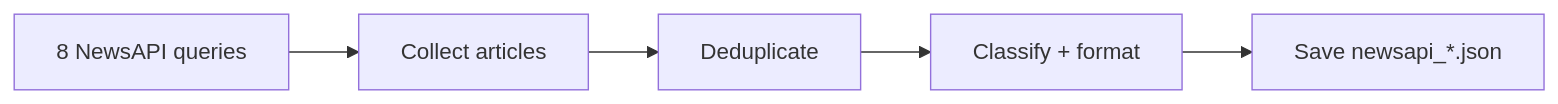
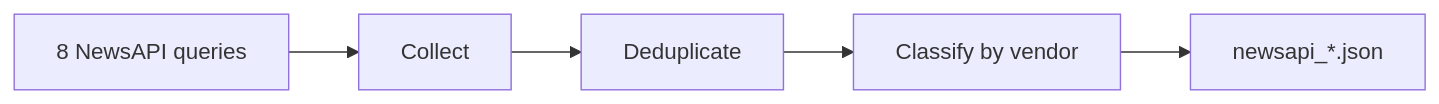
One commit to kobyal/ai-news-briefing changed the ninth of 12 diagrams in README.md. Above: the diagram before and after it, drawn with Mermaid. The commit also changed other lines of this file and 3 other files, not shown here.

````diff
--- a/README.md
+++ b/README.md
@@ -328,7 +320,7 @@
 ```mermaid
 flowchart LR
-    A["8 NewsAPI queries"] --> B["Collect articles"]
-    B --> C["Deduplicate"]
-    C --> D["Classify + format"]
-    D --> E["Save newsapi_*.json"]
+    A[8 NewsAPI queries] --> B[Collect]
+    B --> C[Deduplicate]
+    C --> D[Classify by vendor]
+    D --> E[newsapi_*.json]
 ```
````
